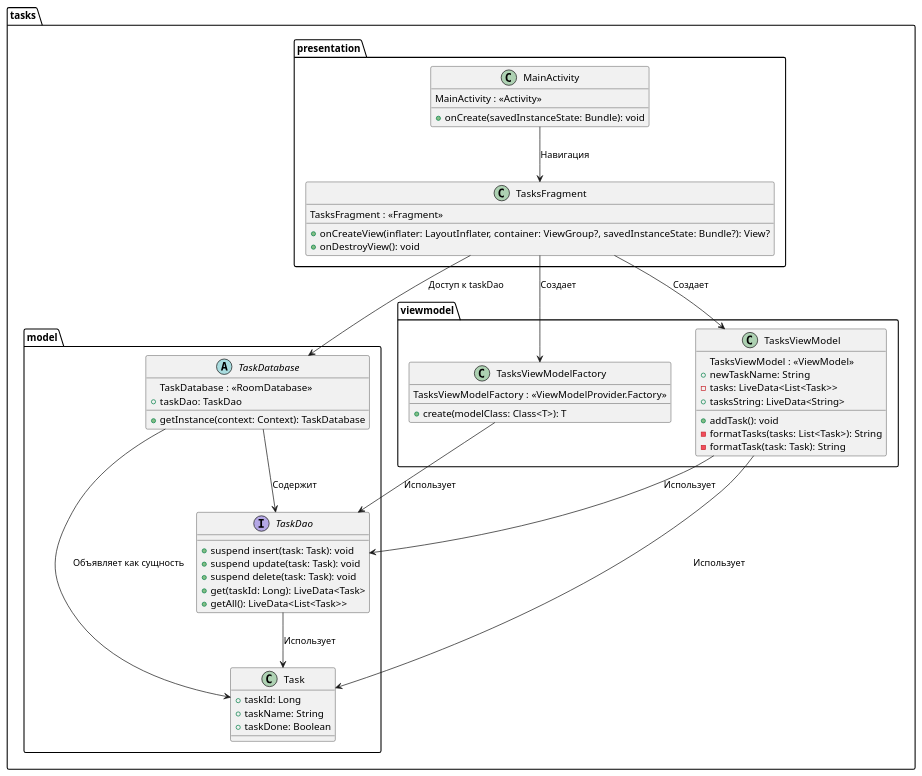
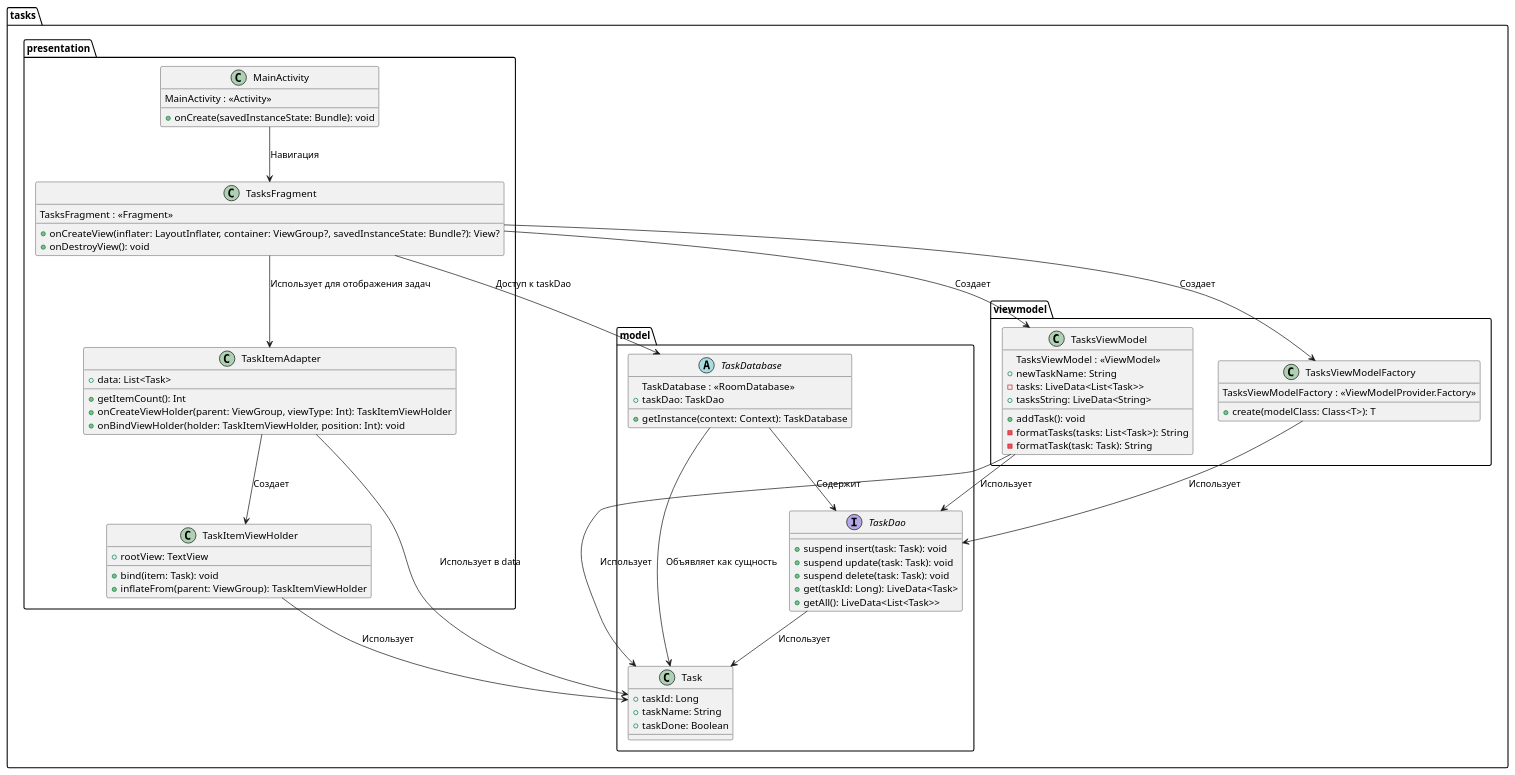
One commit to AbadzhevaK8/android-tasks changed the diagram in app/src/main/java/com/abadzheva/tasks/TasksUML.puml. Above: the diagram before and after it, drawn with PlantUML.

Commit message:
docs: add TasksUML diagram
Added a UML diagram for the Tasks application, detailing the relationships between the different classes and components:

- Included TasksFragment, MainActivity, TasksViewModel, TasksViewModelFactory, TaskDatabase, and Task.
- Included TaskItemAdapter and TaskItemViewHolder.
- Illustrated the relationships between these classes, showing how data flows and dependencies are managed.
- Defined methods in classes.
- Documented the package structure.

```diff
--- a/app/src/main/java/com/abadzheva/tasks/TasksUML.puml
+++ b/app/src/main/java/com/abadzheva/tasks/TasksUML.puml
@@ -1,72 +1,85 @@
 @startuml
 package "tasks.model" {
     class Task {
         +taskId: Long
         +taskName: String
         +taskDone: Boolean
     }
 
     interface TaskDao {
         +suspend insert(task: Task): void
         +suspend update(task: Task): void
         +suspend delete(task: Task): void
         +get(taskId: Long): LiveData<Task>
         +getAll(): LiveData<List<Task>>
     }
 
     abstract class TaskDatabase {
         TaskDatabase : <<RoomDatabase>>
         +taskDao: TaskDao
         +getInstance(context: Context): TaskDatabase
     }
 
     TaskDao --> Task : "Использует"
     TaskDatabase --> TaskDao : "Содержит"
     TaskDatabase --> Task : "Объявляет как сущность"
 }
 
 package "tasks.presentation" {
     class MainActivity {
         MainActivity : <<Activity>>
         +onCreate(savedInstanceState: Bundle): void
     }
 
-
     class TasksFragment {
         TasksFragment : <<Fragment>>
         +onCreateView(inflater: LayoutInflater, container: ViewGroup?, savedInstanceState: Bundle?): View?
         +onDestroyView(): void
     }
 
+    class TaskItemAdapter {
+        +data: List<Task>
+        +getItemCount(): Int
+        +onCreateViewHolder(parent: ViewGroup, viewType: Int): TaskItemViewHolder
+        +onBindViewHolder(holder: TaskItemViewHolder, position: Int): void
+    }
+
+    class TaskItemViewHolder {
+        +rootView: TextView
+        +bind(item: Task): void
+        +inflateFrom(parent: ViewGroup): TaskItemViewHolder
+    }
+
+    TaskItemAdapter --> TaskItemViewHolder : "Создает"
+    TaskItemViewHolder --> Task : "Использует"
 }
 
 package "tasks.viewmodel" {
     class TasksViewModel {
         TasksViewModel : <<ViewModel>>
         +newTaskName: String
         -tasks: LiveData<List<Task>>
         +tasksString: LiveData<String>
         +addTask(): void
         -formatTasks(tasks: List<Task>): String
         -formatTask(task: Task): String
     }
 
-
     class TasksViewModelFactory {
         TasksViewModelFactory : <<ViewModelProvider.Factory>>
         +create(modelClass: Class<T>): T
     }
-
 }
 
 ' Связи между компонентами
 TasksFragment --> TasksViewModelFactory : "Создает"
 TasksFragment --> TasksViewModel : "Создает"
 TasksViewModelFactory --> TaskDao : "Использует"
 
 TasksViewModel --> TaskDao : "Использует"
 TasksViewModel --> Task : "Использует"
 TasksFragment --> TaskDatabase : "Доступ к taskDao"
 MainActivity --> TasksFragment : "Навигация"
-}
+TasksFragment --> TaskItemAdapter : "Использует для отображения задач"
+TaskItemAdapter --> Task : "Использует в data"
 @enduml
```
